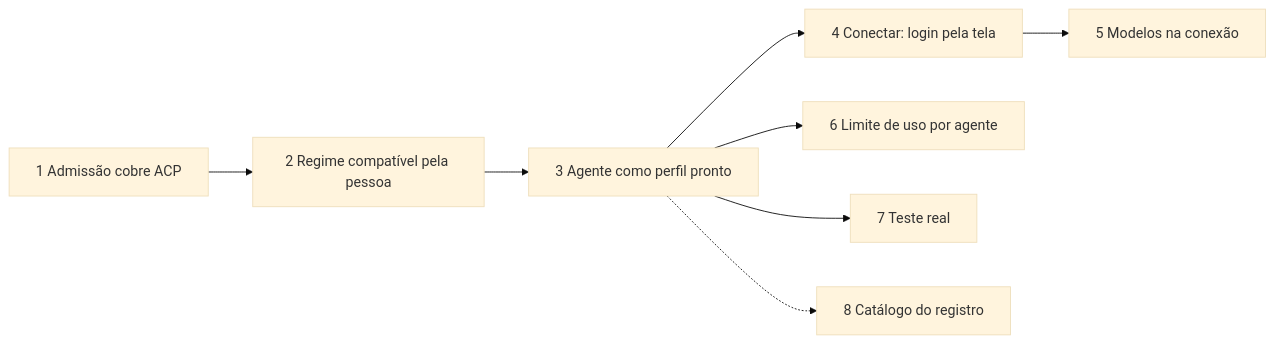
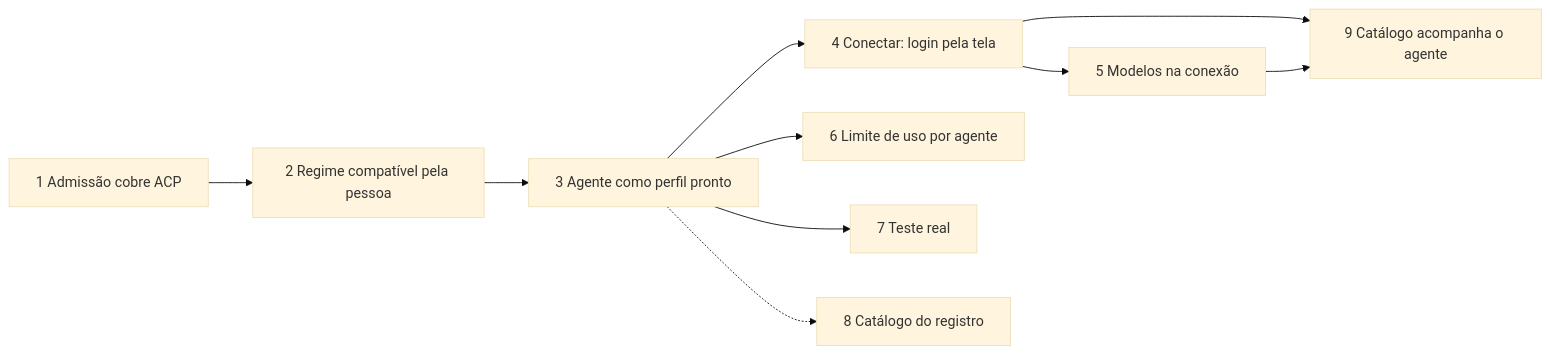
The first of 2 diagrams in docs/decisoes/epica-conectar-ferramenta-por-acp.md (euclidesgc/faz-ai), drawn with Mermaid (base theme) before and after one commit. The commit also changed other lines of this file, not shown here.

First line of the commit message:
Épica ACP: história 9, catálogo de modelos acompanha o agente

````diff
--- a/docs/decisoes/epica-conectar-ferramenta-por-acp.md
+++ b/docs/decisoes/epica-conectar-ferramenta-por-acp.md
@@ -188,10 +220,12 @@
 ```mermaid
 flowchart LR
   H1[1 Admissão cobre ACP] --> H2[2 Regime compatível pela pessoa]
   H2 --> H3[3 Agente como perfil pronto]
   H3 --> H4[4 Conectar: login pela tela]
   H4 --> H5[5 Modelos na conexão]
   H3 --> H6[6 Limite de uso por agente]
   H3 --> H7[7 Teste real]
   H3 -.-> H8[8 Catálogo do registro]
+  H4 --> H9[9 Catálogo acompanha o agente]
+  H5 --> H9
 ```
````
